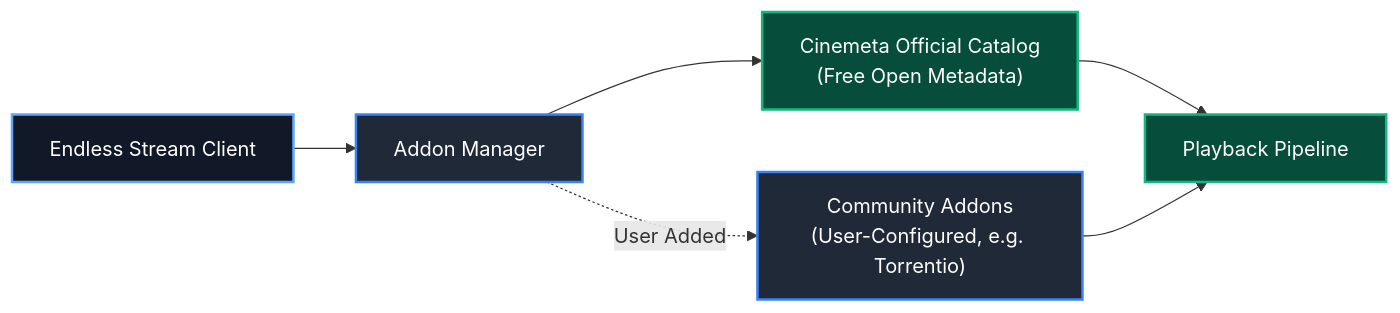
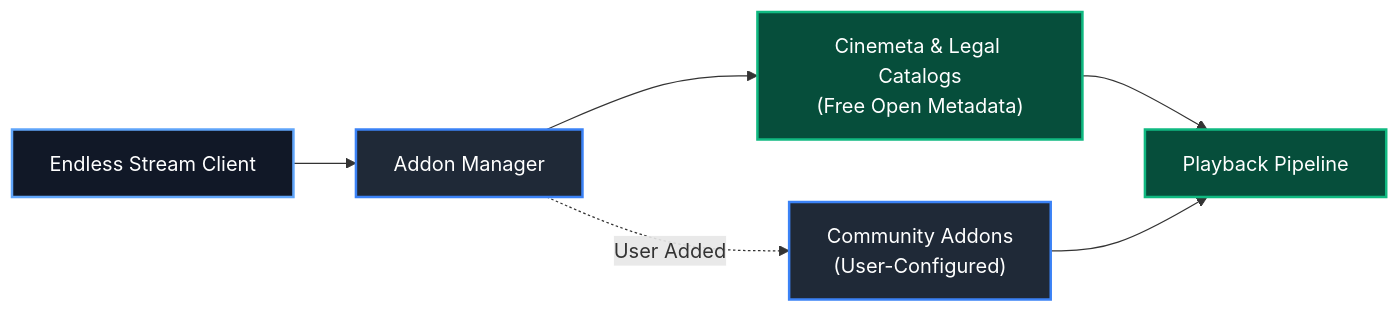
The second of 3 diagrams in README.md (Endless-Code-Horizon/Endless-Stream), drawn with Mermaid before and after one commit. The commit also changed other lines of this file and 4 other files, not shown here.

````diff
--- a/README.md
+++ b/README.md
@@ -65,24 +65,24 @@
 ```mermaid
 flowchart LR
     Client["Endless Stream Client"]
     AddonMgr["Addon Manager"]
-    Cinemeta["Cinemeta Official Catalog<br/>(Free Open Metadata)"]
-    Community["Community Addons<br/>(User-Configured, e.g. Torrentio)"]
+    Cinemeta["Cinemeta & Legal Catalogs<br/>(Free Open Metadata)"]
+    Community["Community Addons<br/>(User-Configured)"]
     Media["Playback Pipeline"]
 
     Client --> AddonMgr
     AddonMgr --> Cinemeta
     AddonMgr -.->|User Added| Community
     Cinemeta --> Media
     Community --> Media
 
     classDef nodeDark fill:#111827,stroke:#60a5fa,stroke-width:2px,color:#ffffff;
     classDef nodeAccent fill:#1f2937,stroke:#3b82f6,stroke-width:2px,color:#ffffff;
     classDef nodeGreen fill:#064e3b,stroke:#10b981,stroke-width:2px,color:#ffffff;
 
     class Client nodeDark;
     class AddonMgr nodeAccent;
     class Cinemeta nodeGreen;
     class Community nodeAccent;
     class Media nodeGreen;
 ```
````
